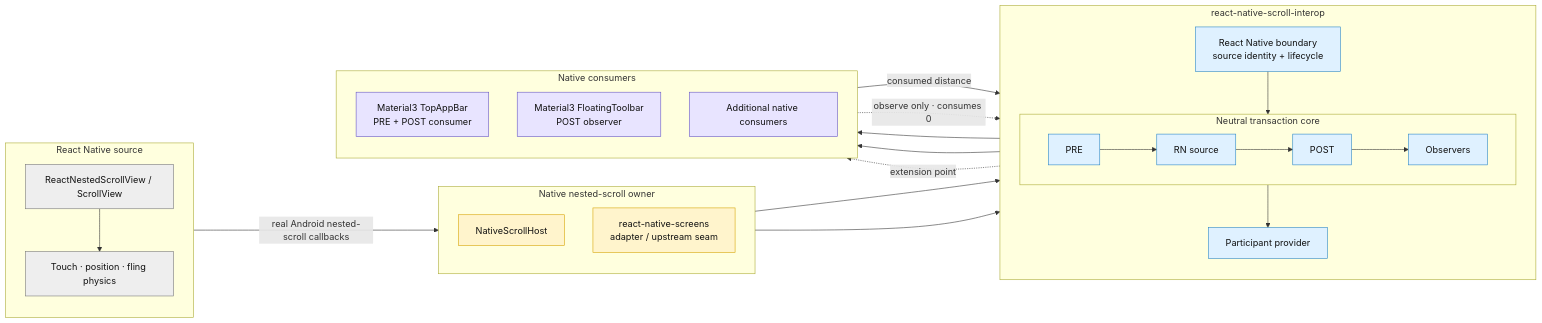
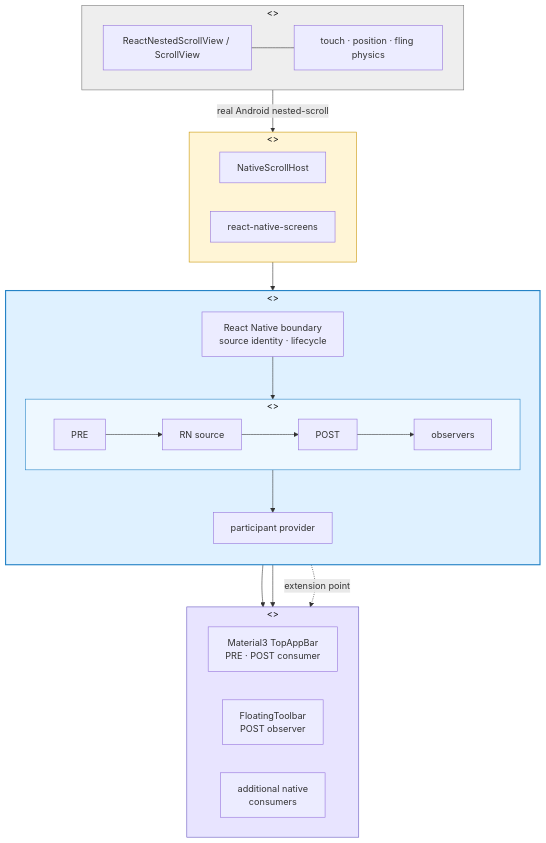
Before and after one commit to AmatoGiulio/react-native-scroll-interop: the diagram in README.md, drawn with Mermaid. The commit also changed other lines of this file, not shown here.

Commit message:
docs: make architecture diagram readable

````diff
--- a/README.md
+++ b/README.md
@@ -38,67 +38,54 @@
 ```mermaid
-flowchart LR
-  %% Source side
-  subgraph SOURCE["React Native source"]
-    direction TB
+flowchart TB
+  subgraph SOURCE["<<react-native-source>>"]
+    direction LR
     RN["ReactNestedScrollView / ScrollView"]
-    PHYSICS["Touch · position · fling physics"]
-    RN --> PHYSICS
+    PHYSICS["touch · position · fling physics"]
+    RN --- PHYSICS
   end
 
-  %% Ownership side
-  subgraph OWNER["Native nested-scroll owner"]
-    direction TB
+  subgraph OWNER["<<native-scroll-owner>>"]
+    direction LR
     HOST["NativeScrollHost"]
-    SCREENS["react-native-screens\nadapter / upstream seam"]
+    SCREENS["react-native-screens"]
   end
 
-  %% Interop engine
-  subgraph INTEROP["react-native-scroll-interop"]
+  subgraph INTEROP["<<react-native-scroll-interop>>"]
     direction TB
 
-    BOUNDARY["React Native boundary\nsource identity + lifecycle"]
+    BOUNDARY["React Native boundary<br/>source identity · lifecycle"]
 
-    subgraph TX["Neutral transaction core"]
+    subgraph CORE["<<neutral-transaction-core>>"]
       direction LR
       PRE["PRE"]
       CHILD["RN source"]
       POST["POST"]
-      OBS["Observers"]
+      OBS["observers"]
       PRE --> CHILD --> POST --> OBS
     end
 
-    PROVIDER["Participant provider"]
+    PROVIDER["participant provider"]
 
-    BOUNDARY --> TX
-    TX --> PROVIDER
+    BOUNDARY --> PRE
+    OBS --> PROVIDER
   end
 
-  %% Native consumers
-  subgraph CONSUMERS["Native consumers"]
-    direction TB
-    TOP["Material3 TopAppBar\nPRE + POST consumer"]
-    TOOLBAR["Material3 FloatingToolbar\nPOST observer"]
-    FUTURE["Additional native consumers"]
+  subgraph CONSUMERS["<<native-consumers>>"]
+    direction LR
+    TOP["Material3 TopAppBar<br/>PRE · POST consumer"]
+    TOOLBAR["FloatingToolbar<br/>POST observer"]
+    FUTURE["additional native<br/>consumers"]
   end
 
-  SOURCE -->|"real Android nested-scroll callbacks"| OWNER
-  HOST --> BOUNDARY
-  SCREENS --> BOUNDARY
-
+  SOURCE -->|"real Android nested-scroll"| OWNER
+  OWNER --> BOUNDARY
   PROVIDER --> TOP
   PROVIDER --> TOOLBAR
   PROVIDER -. "extension point" .-> FUTURE
 
-  TOP -->|"consumed distance"| TX
-  TOOLBAR -. "observe only · consumes 0" .-> TX
-
-  classDef source fill:#eeeeee,stroke:#777,color:#111;
-  classDef owner fill:#fff4cc,stroke:#d6a300,color:#111;
-  classDef core fill:#dff1ff,stroke:#2583c6,color:#111;
-  classDef consumer fill:#e8e4ff,stroke:#6554c0,color:#111;
-
-  class RN,PHYSICS source;
-  class HOST,SCREENS owner;
-  class BOUNDARY,PRE,CHILD,POST,OBS,PROVIDER core;
-  class TOP,TOOLBAR,FUTURE consumer;
+  style SOURCE fill:#eeeeee,stroke:#777,stroke-width:1px,color:#111
+  style OWNER fill:#fff5d6,stroke:#c99400,stroke-width:1px,color:#111
+  style INTEROP fill:#dff1ff,stroke:#2583c6,stroke-width:2px,color:#111
+  style CORE fill:#eef8ff,stroke:#2583c6,stroke-width:1px,color:#111
+  style CONSUMERS fill:#e8e4ff,stroke:#6554c0,stroke-width:1px,color:#111
 ```
````
